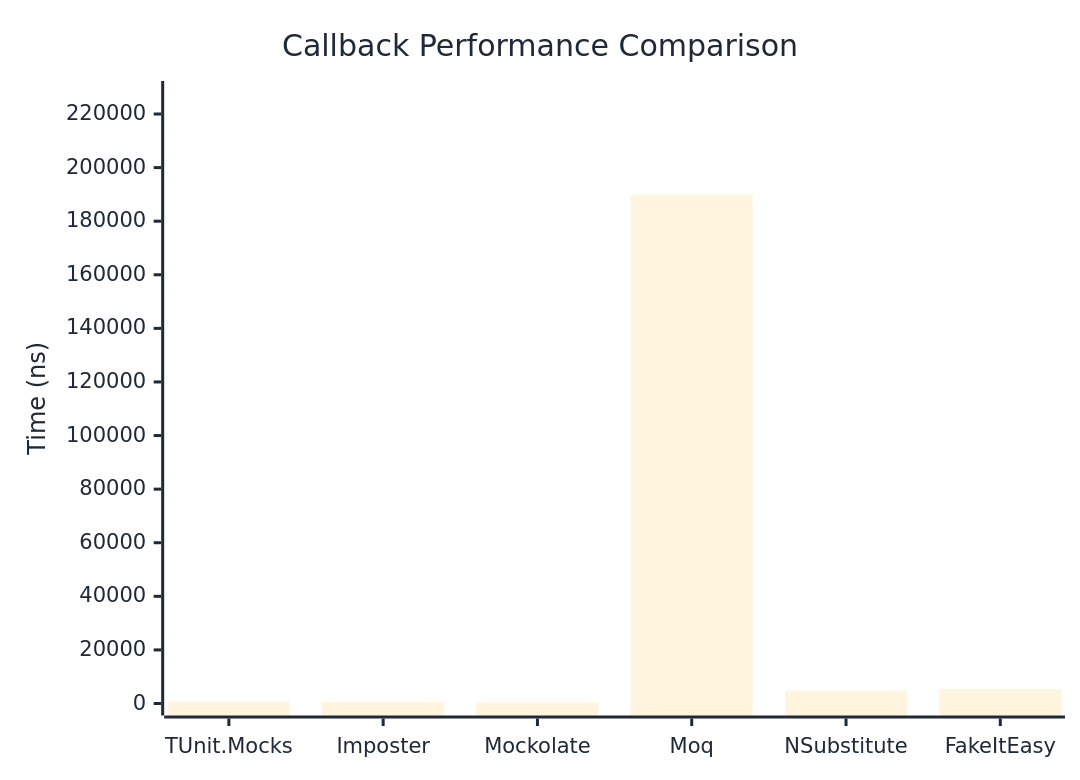
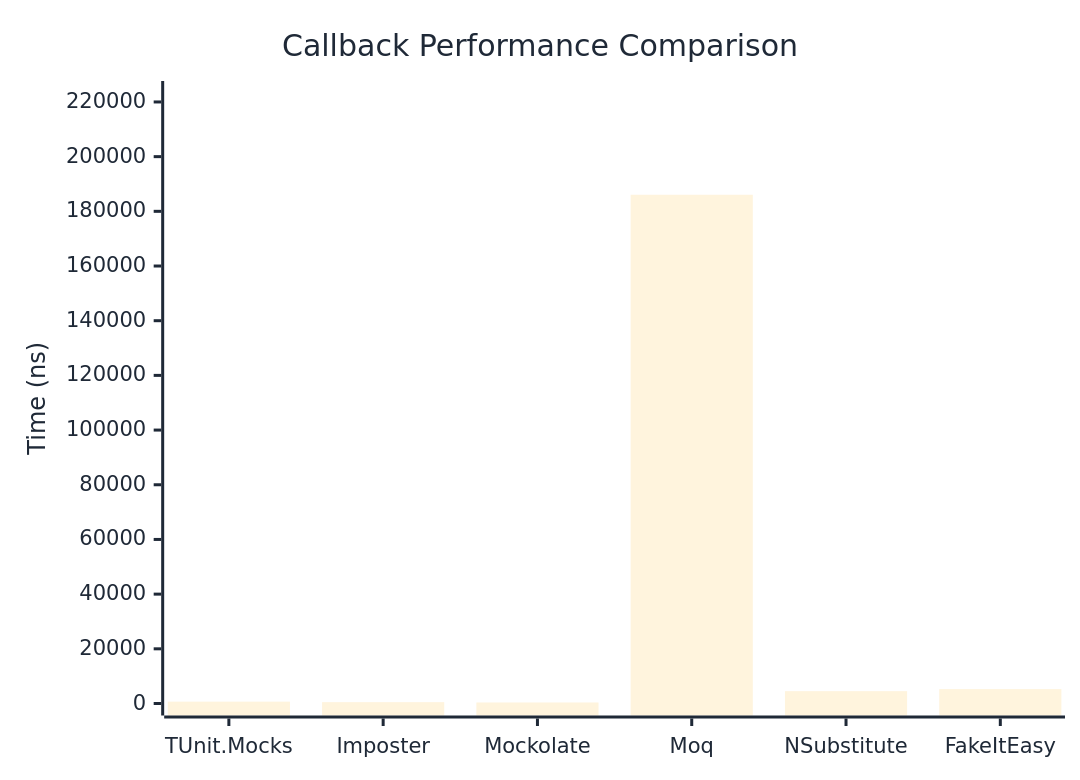
One commit to thomhurst/TUnit changed the first of 2 diagrams in docs/docs/benchmarks/mocks/Callback.md. Above: the diagram before and after it, drawn with Mermaid. The commit also changed other lines of this file and 14 other files, not shown here.

````diff
--- a/docs/docs/benchmarks/mocks/Callback.md
+++ b/docs/docs/benchmarks/mocks/Callback.md
@@ -28,27 +28,27 @@
 ```mermaid
 %%{init: {
   'theme':'base',
   'themeVariables': {
     'primaryColor': '#2563eb',
     'primaryTextColor': '#1f2937',
     'primaryBorderColor': '#1e40af',
     'lineColor': '#6b7280',
     'secondaryColor': '#7c3aed',
     'tertiaryColor': '#dc2626',
     'background': '#ffffff',
     'pie1': '#2563eb',
     'pie2': '#7c3aed',
     'pie3': '#dc2626',
     'pie4': '#f59e0b',
     'pie5': '#10b981',
     'pie6': '#06b6d4',
     'pie7': '#ec4899',
     'pie8': '#6366f1'
   }
 }}%%
 xychart-beta
   title "Callback Performance Comparison"
   x-axis ["TUnit.Mocks", "Imposter", "Mockolate", "Moq", "NSubstitute", "FakeItEasy"]
-  y-axis "Time (ns)" 0 --> 227841
-  bar [677.1, 515.5, 404.6, 189867.2, 4796.2, 5457.1]
+  y-axis "Time (ns)" 0 --> 223276
+  bar [680.3, 491.2, 376, 186063, 4514.6, 5261.9]
 ```
````
